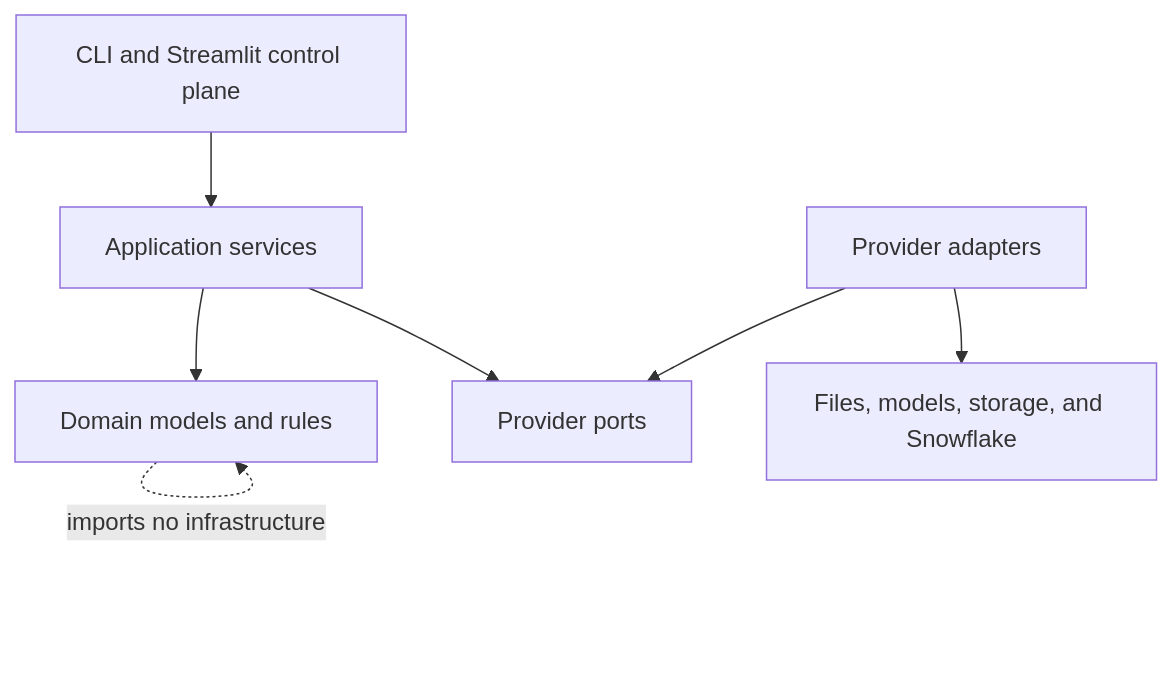
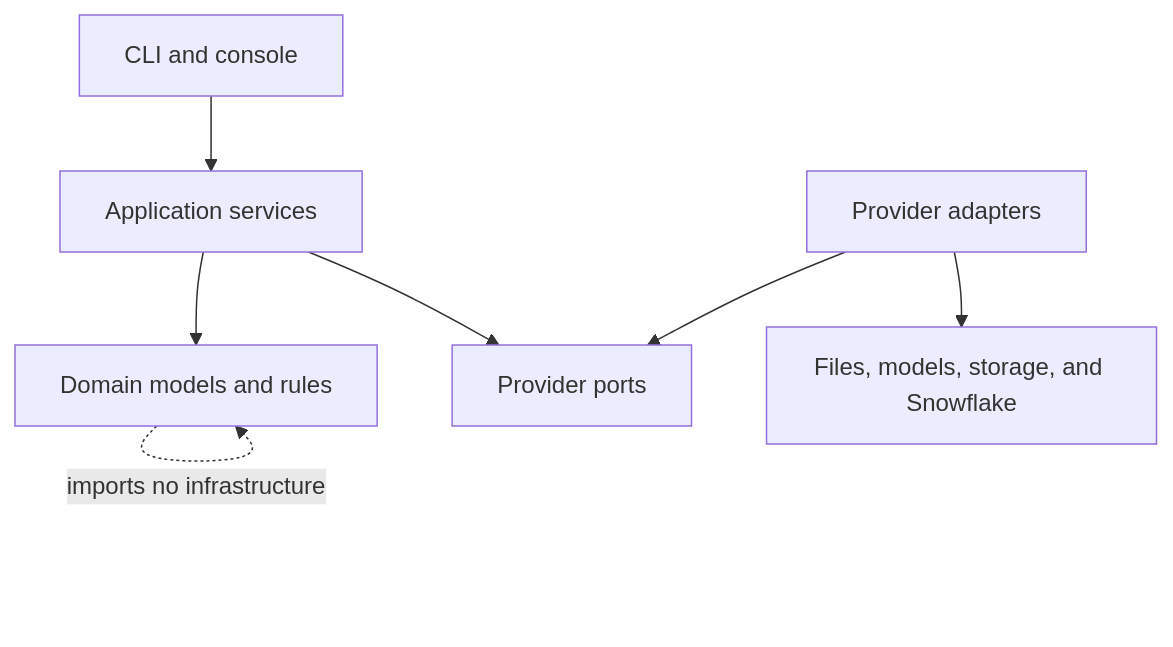
One commit to LEO-Pharma-R-D-Data-Analytics/flakegraph changed the first of 3 diagrams in docs/architecture.md. Above: the diagram before and after it, drawn with Mermaid. The commit also changed other lines of this file and 63 other files, not shown here.

First line of the commit message:
Retire the Streamlit application

````diff
--- a/docs/architecture.md
+++ b/docs/architecture.md
@@ -9,10 +9,10 @@
 ```mermaid
 flowchart TD
-    interfaces["CLI and Streamlit control plane"] --> application["Application services"]
+    interfaces["CLI and console"] --> application["Application services"]
     application --> domain["Domain models and rules"]
     application --> ports["Provider ports"]
     adapters["Provider adapters"] --> ports
     adapters --> external["Files, models, storage, and Snowflake"]
 
     domain -. "imports no infrastructure" .-> domain
 ```
````
